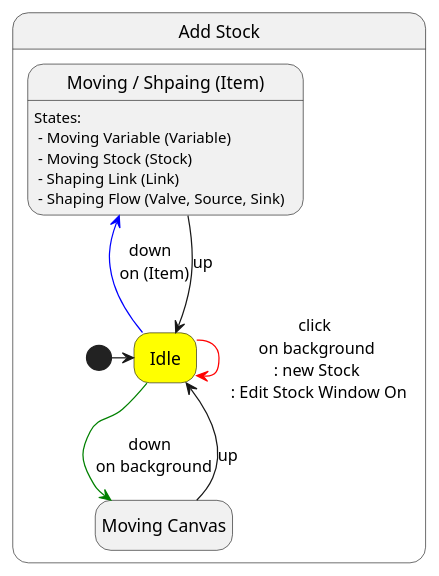
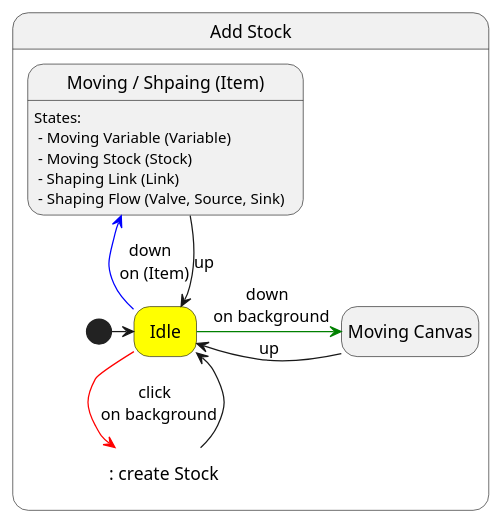
One commit to cidhuang/system-dynamics-tool changed the fifth of 6 diagrams in docusaurus/docs/interaction.md. Above: the diagram before and after it, drawn with PlantUML. The commit also changed other lines of this file, not shown here.

Commit message:
docs: interation page combine Mode Add Link and Add Flow

````diff
--- a/docusaurus/docs/interaction.md
+++ b/docusaurus/docs/interaction.md
@@ -161,21 +158,23 @@
 ```plantuml
-@startuml SystemMap
+@startuml Add Stock
 hide empty description
 
 state "Add Stock" as modeAddStock {
   state "Idle" as idle #yellow
   state "Moving Canvas" as moveCanvas
   state "Moving / Shpaing (Item)" as moveItem : States: \n - Moving Variable (Variable) \n - Moving Stock (Stock) \n - Shaping Link (Link) \n - Shaping Flow (Valve, Source, Sink)
+  state ": create Stock" as addStock #white ##white
 
   [*] -> idle
-  idle -[#green]-> moveCanvas : down \n on background
-  moveCanvas -up-> idle : up
+  idle -[#green]> moveCanvas : down \n on background
+  moveCanvas -> idle : up
 
   idle -up[#blue]-> moveItem : down \n on (Item)
   moveItem --> idle : up
 
-  idle -[#red]-> idle : click \n on background \n : new Stock \n : Edit Stock Window On
+  idle -[#red]-> addStock : click \n on background
+  addStock -up-> idle
 }
 
 @enduml
 ```
````
